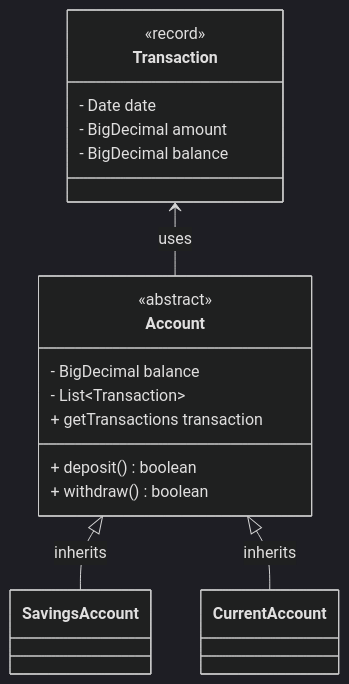
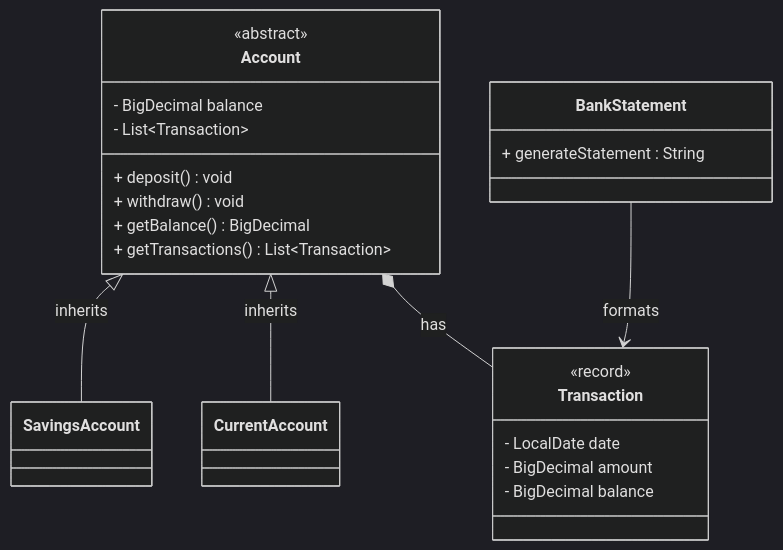
One commit to emmouto-academy/java-tdd-oop-bank-challenge changed the diagram in BankChallenge.md. Above: the diagram before and after it, drawn with Mermaid (dark theme). The commit also changed other lines of this file and 3 other files, not shown here.

Commit message:
Add tests + update domain model and class diagram based on what I discovered while writing the tests.

````diff
--- a/BankChallenge.md
+++ b/BankChallenge.md
@@ -53,33 +63,39 @@
 ```mermaid
 
 classDiagram
 
 class Account {
     <<abstract>>
     - BigDecimal balance
     - List~Transaction~
-    + deposit() boolean
-    + withdraw() boolean
-    + getTransactions transaction
+    + deposit() void
+    + withdraw() void
+    + getBalance() BigDecimal
+    + getTransactions() List~Transaction~
 }
 
 class SavingsAccount {
 
 }
 
 class CurrentAccount {
 
 }
 
 class Transaction {
     <<record>>
-    - Date date
+    - LocalDate date
     - BigDecimal amount
     - BigDecimal balance
 }
 
+class BankStatement {
+    + generateStatement : String
+}
+
 Account <|-- SavingsAccount : inherits
 Account <|-- CurrentAccount : inherits
-Transaction <-- Account : uses
+Account *-- Transaction : has
+BankStatement --> Transaction : formats
 
 ```
````
